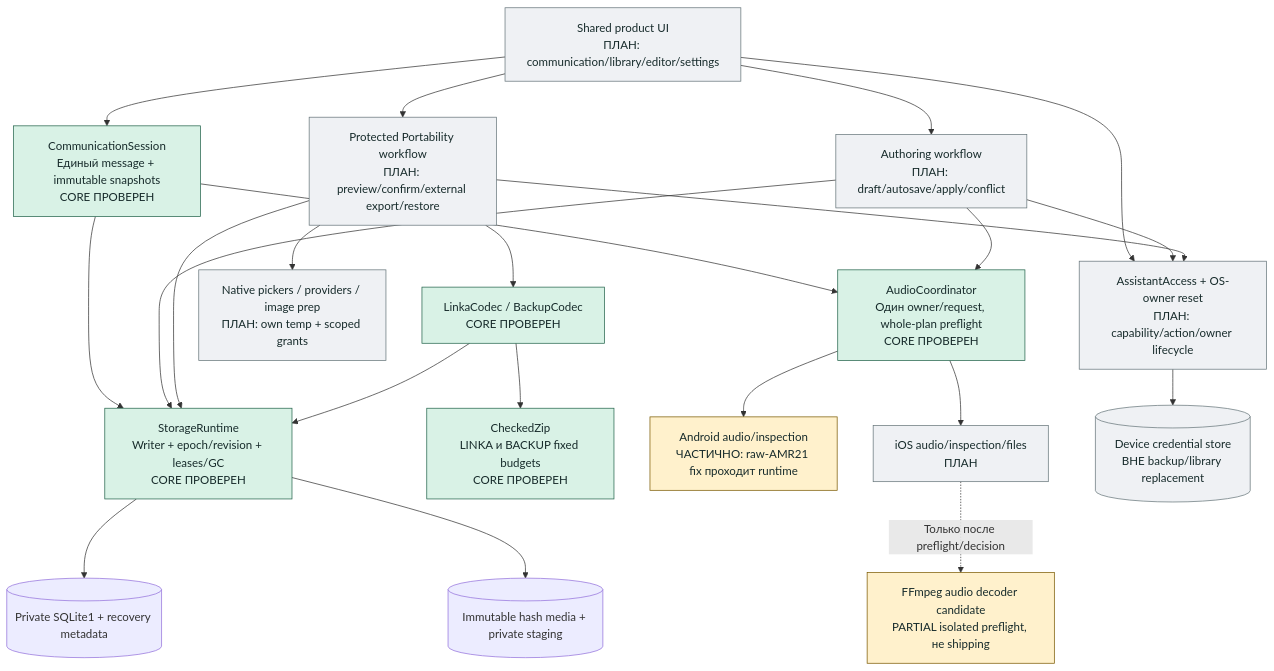
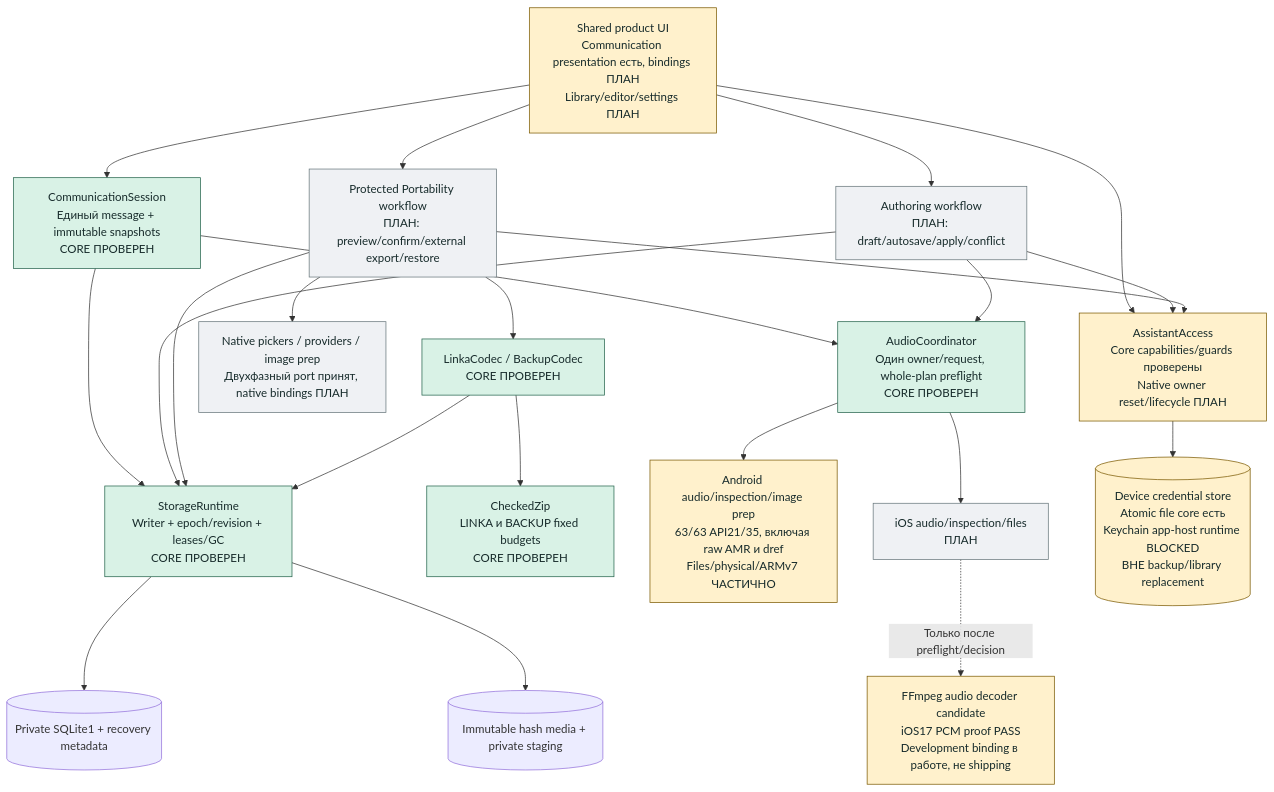
One commit to linkasu/linka.pictures-android changed the third of 6 diagrams in docs/c4/04-c4.md. Above: the diagram before and after it, drawn with Mermaid. The commit also changed 13 other files, not shown here.

Commit message:
feat(ios): add fail-closed Keychain binding and explicit blocked host-test gate

````diff
--- a/docs/c4/04-c4.md
+++ b/docs/c4/04-c4.md
@@ -97,46 +97,46 @@
 ```mermaid
 flowchart TB
-    UI["Shared product UI<br/>ПЛАН: communication/library/editor/settings"]
+    UI["Shared product UI<br/>Communication presentation есть, bindings ПЛАН<br/>Library/editor/settings ПЛАН"]
     COM["CommunicationSession<br/>Единый message + immutable snapshots<br/>CORE ПРОВЕРЕН"]
     ED["Authoring workflow<br/>ПЛАН: draft/autosave/apply/conflict"]
     WF["Protected Portability workflow<br/>ПЛАН: preview/confirm/external export/restore"]
-    AUTH["AssistantAccess + OS-owner reset<br/>ПЛАН: capability/action/owner lifecycle"]
+    AUTH["AssistantAccess<br/>Core capabilities/guards проверены<br/>Native owner reset/lifecycle ПЛАН"]
     ST["StorageRuntime<br/>Writer + epoch/revision + leases/GC<br/>CORE ПРОВЕРЕН"]
     CODEC["LinkaCodec / BackupCodec<br/>CORE ПРОВЕРЕН"]
     ZIP["CheckedZip<br/>LINKA и BACKUP fixed budgets<br/>CORE ПРОВЕРЕН"]
     AUD["AudioCoordinator<br/>Один owner/request, whole-plan preflight<br/>CORE ПРОВЕРЕН"]
-    AND["Android audio/inspection<br/>ЧАСТИЧНО: raw-AMR21 fix проходит runtime"]
+    AND["Android audio/inspection/image prep<br/>63/63 API21/35, включая raw AMR и dref<br/>Files/physical/ARMv7 ЧАСТИЧНО"]
     IOS["iOS audio/inspection/files<br/>ПЛАН"]
-    FF["FFmpeg audio decoder candidate<br/>PARTIAL isolated preflight, не shipping"]
-    FILES["Native pickers / providers / image prep<br/>ПЛАН: own temp + scoped grants"]
+    FF["FFmpeg audio decoder candidate<br/>iOS17 PCM proof PASS<br/>Development binding в работе, не shipping"]
+    FILES["Native pickers / providers / image prep<br/>Двухфазный port принят, native bindings ПЛАН"]
     DB[("Private SQLite1 + recovery metadata")]
     MEDIA[("Immutable hash media + private staging")]
-    SECRETS[("Device credential store<br/>ВНЕ backup/library replacement")]
+    SECRETS[("Device credential store<br/>Atomic file core есть<br/>Keychain app-host runtime BLOCKED<br/>ВНЕ backup/library replacement")]
     UI --> COM
     UI --> ED
     UI --> WF
     UI --> AUTH
     COM --> ST
     COM --> AUD
     ED --> AUTH
     ED --> ST
     ED --> AUD
     WF --> AUTH
     WF --> CODEC
     WF --> ST
     WF --> FILES
     CODEC --> ZIP
     CODEC --> ST
     ST --> DB
     ST --> MEDIA
     AUD --> AND
     AUD --> IOS
     IOS -. "Только после preflight/decision" .-> FF
     AUTH --> SECRETS
     classDef done fill:#D9F2E6,stroke:#23634B,color:#172B2B
     classDef partial fill:#FFF1CC,stroke:#7A5900,color:#172B2B
     classDef planned fill:#EFF1F4,stroke:#66757A,color:#172B2B
     class COM,ST,CODEC,ZIP,AUD done
-    class AND,FF partial
-    class UI,ED,WF,AUTH,IOS,FILES,SECRETS planned
+    class AND,FF,UI,AUTH,SECRETS partial
+    class ED,WF,IOS,FILES planned
 ```
````
